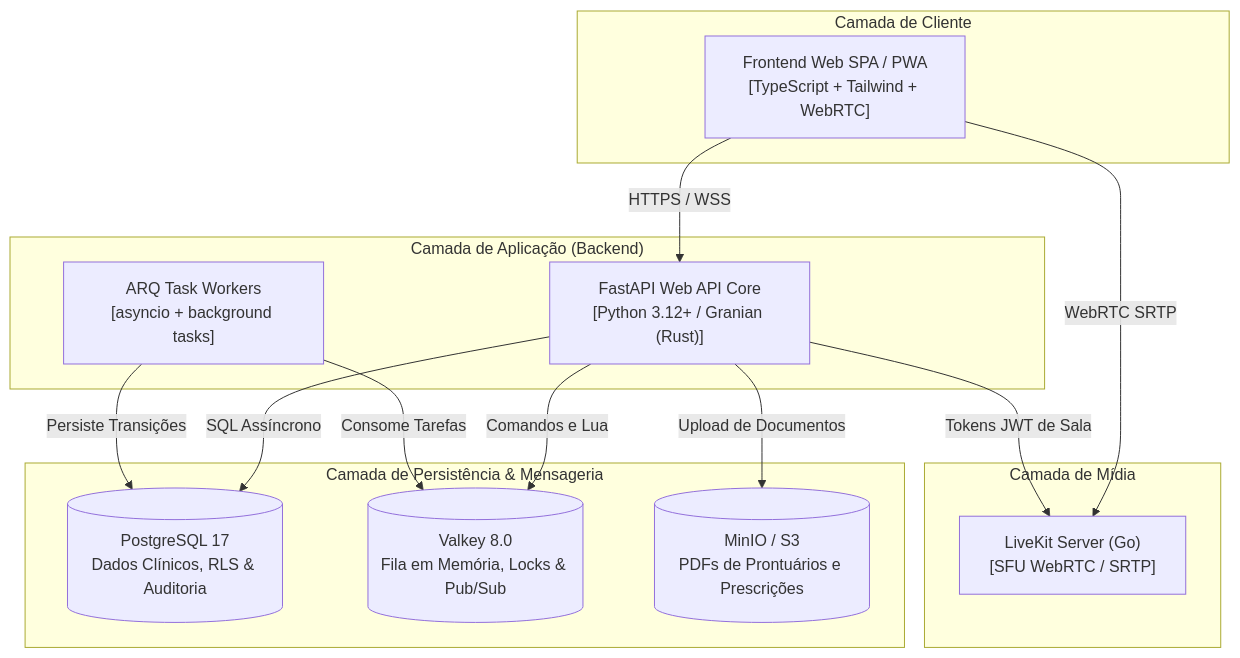
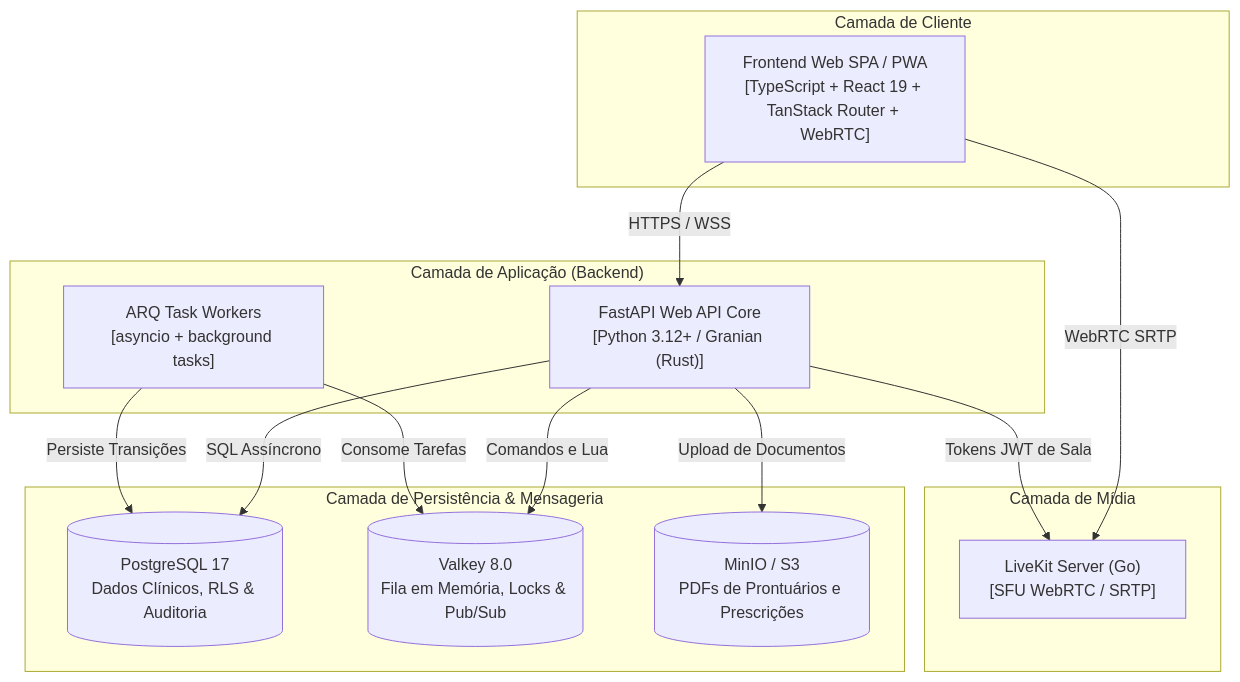
One commit to Rafaelp122/medisync changed the third of 3 diagrams in docs/explanation/architecture/overview.md. Above: the diagram before and after it, drawn with Mermaid. The commit also changed other lines of this file and 37 other files, not shown here.

First line of the commit message:
refactor(frontend): decomposicao de rotas canonicas e TanStack Router com guards de acesso (#141)

````diff
--- a/docs/explanation/architecture/overview.md
+++ b/docs/explanation/architecture/overview.md
@@ -87,30 +87,30 @@
 ```mermaid
 flowchart TD
     subgraph ClientLayer["Camada de Cliente"]
-        WebPWA["Frontend Web SPA / PWA<br/>[TypeScript + Tailwind + WebRTC]"]
+        WebPWA["Frontend Web SPA / PWA<br/>[TypeScript + React 19 + TanStack Router + WebRTC]"]
     end
 
     subgraph AppLayer["Camada de Aplicação (Backend)"]
         API["FastAPI Web API Core<br/>[Python 3.12+ / Granian (Rust)]"]
         Worker["ARQ Task Workers<br/>[asyncio + background tasks]"]
     end
 
     subgraph DataLayer["Camada de Persistência & Mensageria"]
         DB[(PostgreSQL 17<br/>Dados Clínicos, RLS & Auditoria)]
         Cache[(Valkey 8.0<br/>Fila em Memória, Locks & Pub/Sub)]
         Storage[(MinIO / S3<br/>PDFs de Prontuários e Prescrições)]
     end
 
     subgraph MediaLayer["Camada de Mídia"]
         SFU["LiveKit Server (Go)<br/>[SFU WebRTC / SRTP]"]
     end
 
     WebPWA -->|HTTPS / WSS| API
     WebPWA -->|WebRTC SRTP| SFU
     API -->|SQL Assíncrono| DB
     API -->|Comandos e Lua| Cache
     API -->|Tokens JWT de Sala| SFU
     API -->|Upload de Documentos| Storage
     Worker -->|Consome Tarefas| Cache
     Worker -->|Persiste Transições| DB
 ```
````
